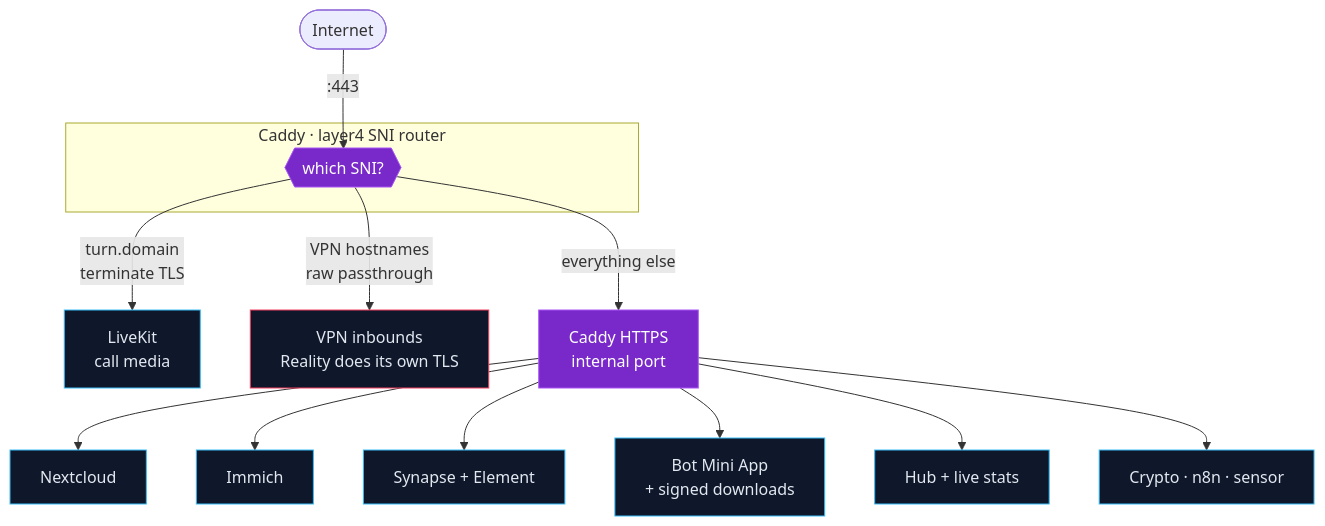
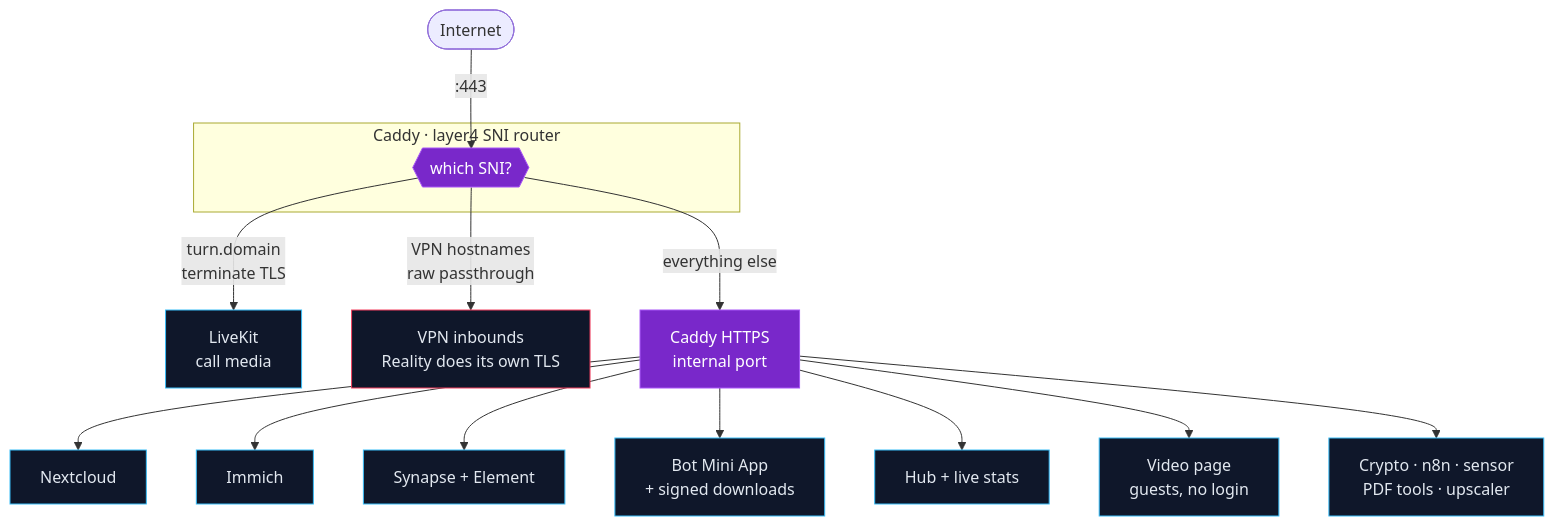
Before and after one commit to Qumetri/MeowHub: the diagram in README.md, drawn with Mermaid. The commit also changed other lines of this file and 11 other files, not shown here.

First line of the commit message:
README: new screenshots, the video page, payments and the free trial; hub cards for Video and Home Assistant

````diff
--- a/README.md
+++ b/README.md
@@ -75,26 +78,27 @@
 ```mermaid
 flowchart TB
     net([Internet]) -->|":443"| l4
 
     subgraph edge ["Caddy · layer4 SNI router"]
         l4{{"which SNI?"}}
     end
 
     l4 -->|"turn.domain<br/>terminate TLS"| lk["LiveKit<br/>call media"]
     l4 -->|"VPN hostnames<br/>raw passthrough"| vpn["VPN inbounds<br/>Reality does its own TLS"]
     l4 -->|"everything else"| web["Caddy HTTPS<br/>internal port"]
 
     web --> nc["Nextcloud"]
     web --> im["Immich"]
     web --> mx["Synapse + Element"]
     web --> app["Bot Mini App<br/>+ signed downloads"]
     web --> hub["Hub + live stats"]
-    web --> more["Crypto · n8n · sensor"]
+    web --> vid["Video page<br/>guests, no login"]
+    web --> more["Crypto · n8n · sensor<br/>PDF tools · upscaler"]
 
     classDef router fill:#7928ca,stroke:#a855f7,color:#ffffff
     classDef svc fill:#0f172a,stroke:#38bdf8,color:#e2e8f0
     classDef vpn fill:#0f172a,stroke:#f43f5e,color:#e2e8f0
     class l4,web router
-    class nc,im,mx,app,hub,more,lk svc
+    class nc,im,mx,app,vid,hub,more,lk svc
     class vpn vpn
 ```
````
